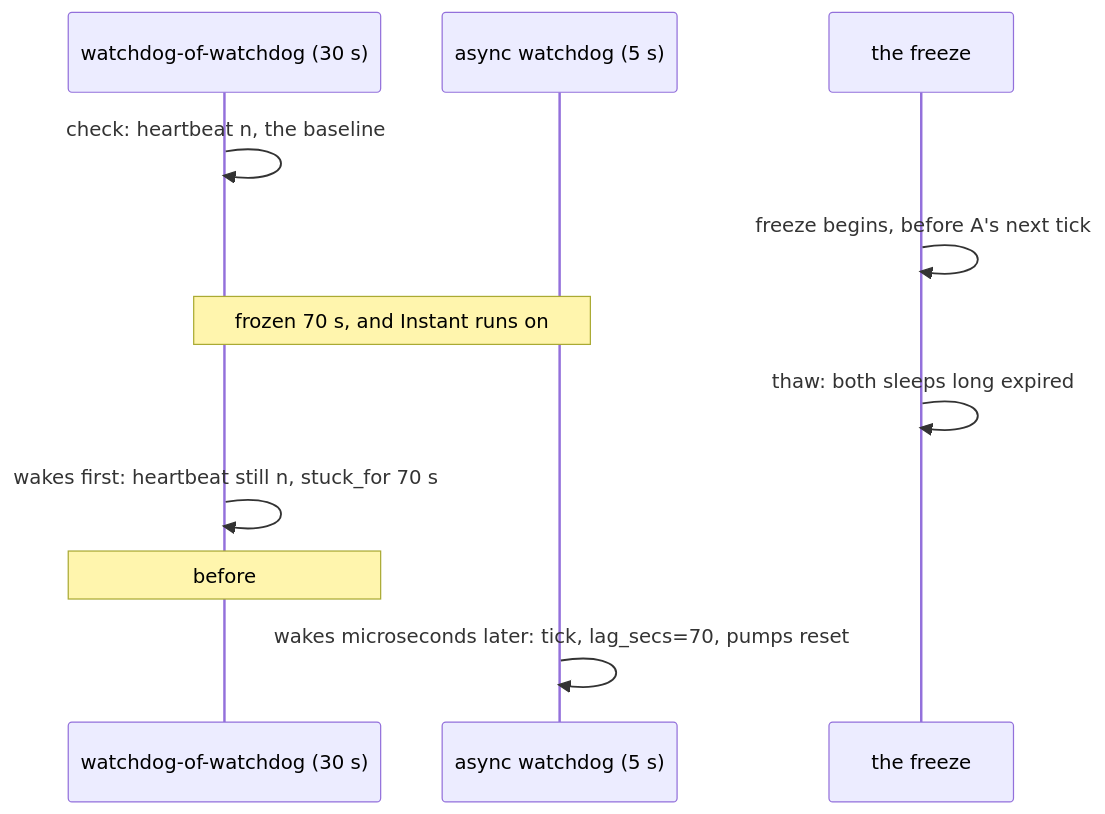
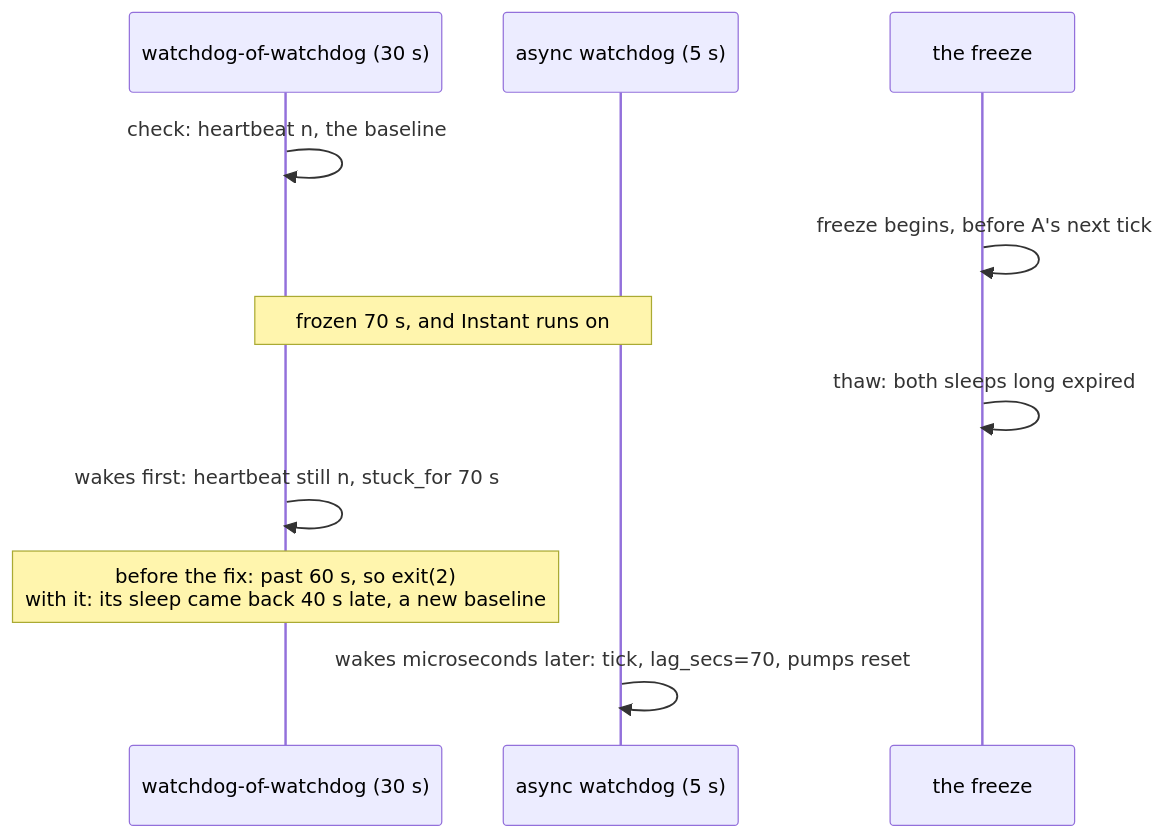
One commit to gjovanov/roomler-ai changed diagram 38 of 44 in docs/remote-control.md. Above: the diagram before and after it, drawn with Mermaid.

Commit message:
docs(watchdog): the freeze diagram's note carries no '#' (it ends a mermaid line)
The sequence-diagram audit refuses a '#' in a note: GitHub's mermaid reads the
rest of the line as a comment.

Refs #3530

````diff
--- a/docs/remote-control.md
+++ b/docs/remote-control.md
@@ -4592,13 +4592,13 @@
 ```mermaid
 sequenceDiagram
     participant T as watchdog-of-watchdog (30 s)
     participant A as async watchdog (5 s)
     participant F as the freeze
     T->>T: check: heartbeat n, the baseline
     F->>F: freeze begins, before A's next tick
     Note over T,A: frozen 70 s, and Instant runs on
     F->>F: thaw: both sleeps long expired
     T->>T: wakes first: heartbeat still n, stuck_for 70 s
-    Note over T: before #3530: past 60 s, so exit(2)<br/>since: its sleep came back 40 s late, a new baseline
+    Note over T: before the fix: past 60 s, so exit(2)<br/>with it: its sleep came back 40 s late, a new baseline
     A->>A: wakes microseconds later: tick, lag_secs=70, pumps reset
 ```
````
